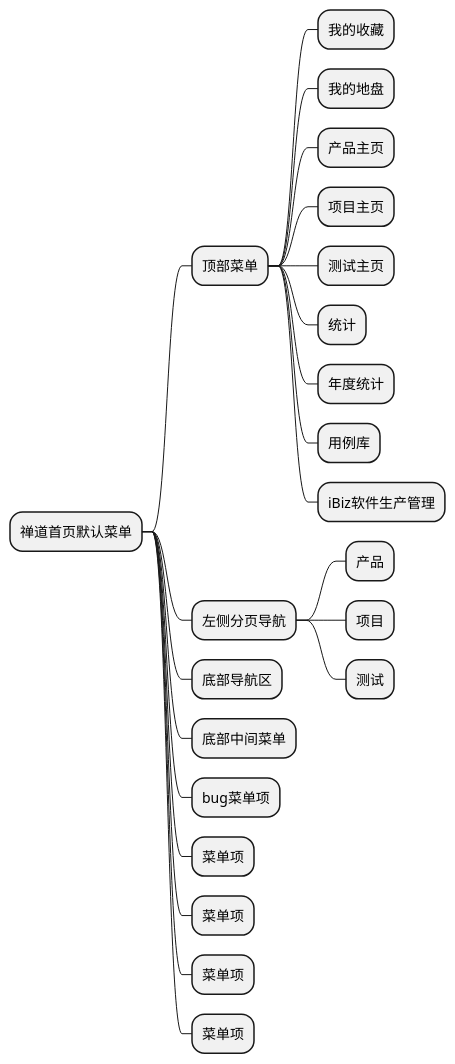
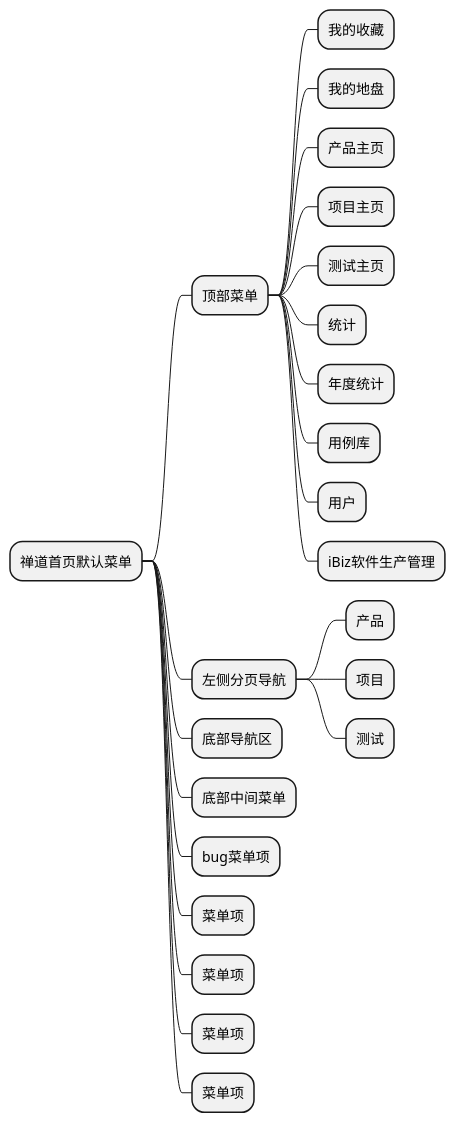
The diagram in ibizpms-docs/src/main/doc/app/Web/zentao.md (zj335841911/nt_chandao), drawn with PlantUML before and after one commit. The commit also changed other lines of this file and 10 other files, not shown here.

```diff
--- a/ibizpms-docs/src/main/doc/app/Web/zentao.md
+++ b/ibizpms-docs/src/main/doc/app/Web/zentao.md
@@ -5,26 +5,27 @@
 {% plantuml %}
 @startmindmap
 * 禅道首页默认菜单
 ** 顶部菜单
 *** 我的收藏
 *** 我的地盘
 *** 产品主页
 *** 项目主页
 *** 测试主页
 *** 统计
 *** 年度统计
 *** 用例库
+*** 用户
 *** iBiz软件生产管理
 ** 左侧分页导航
 *** 产品
 *** 项目
 *** 测试
 ** 底部导航区
 ** 底部中间菜单
 ** bug菜单项
 ** 菜单项
 ** 菜单项
 ** 菜单项
 ** 菜单项
 @endmindmap
 {% endplantuml %}
```
